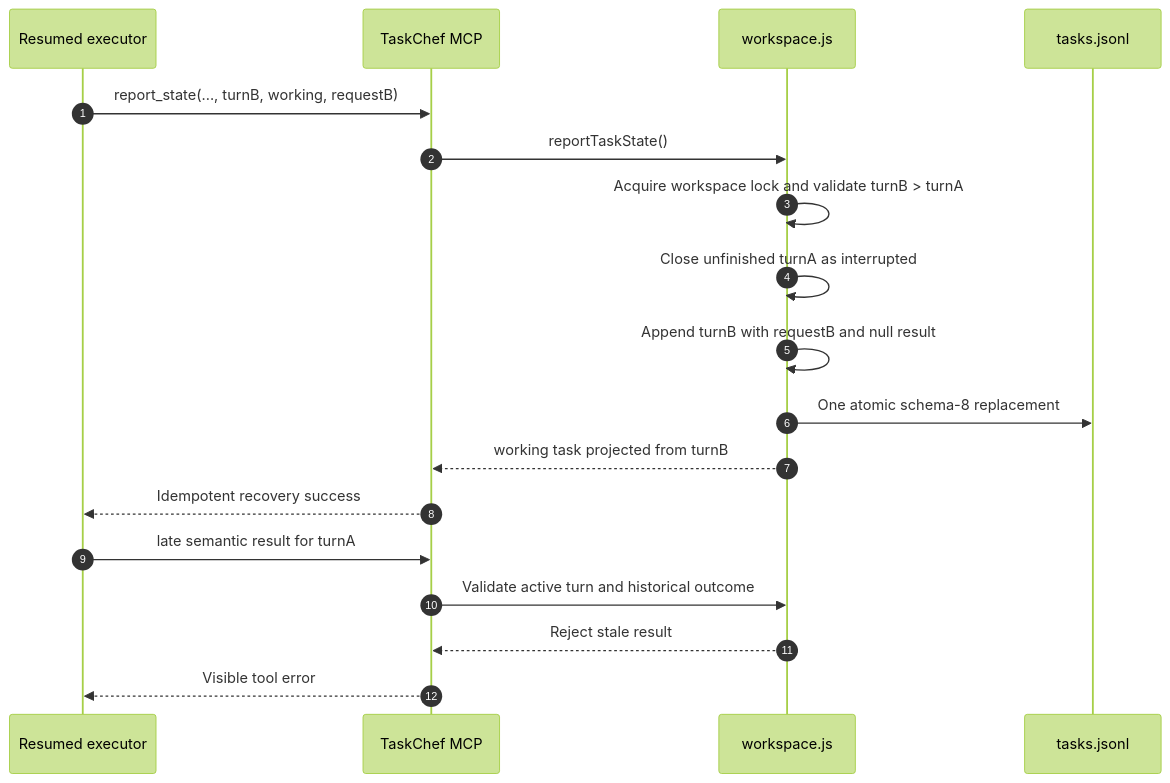
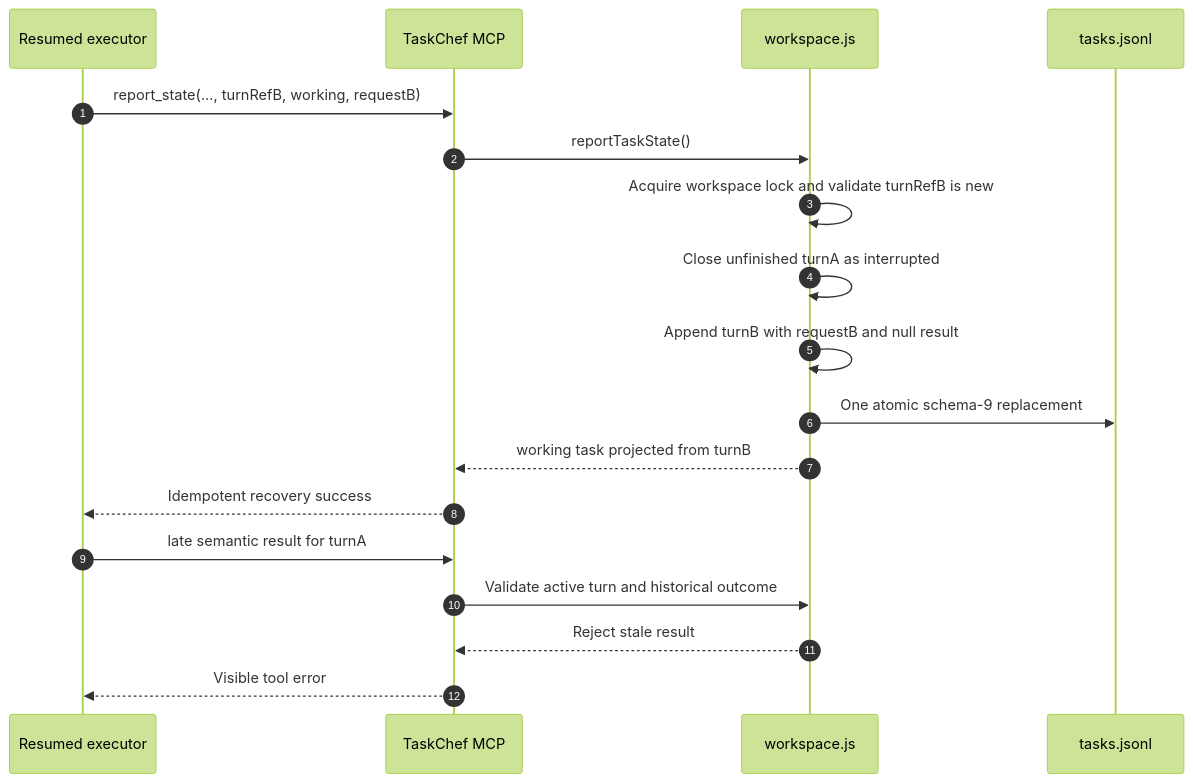
One commit to favoyang/taskchef changed the fifth of 8 diagrams in docs/workflows.md. Above: the diagram before and after it, drawn with Mermaid (forest theme). The commit also changed other lines of this file and 14 other files, not shown here.

Commit message:
feat: add turnRef lifecycle identity

````diff
--- a/docs/workflows.md
+++ b/docs/workflows.md
@@ -207,20 +214,20 @@
 ```mermaid
 sequenceDiagram
   autonumber
   participant E as Resumed executor
   participant M as TaskChef MCP
   participant W as workspace.js
   participant F as tasks.jsonl
-  E->>M: report_state(..., turnB, working, requestB)
+  E->>M: report_state(..., turnRefB, working, requestB)
   M->>W: reportTaskState()
-  W->>W: Acquire workspace lock and validate turnB > turnA
+  W->>W: Acquire workspace lock and validate turnRefB is new
   W->>W: Close unfinished turnA as interrupted
   W->>W: Append turnB with requestB and null result
-  W->>F: One atomic schema-8 replacement
+  W->>F: One atomic schema-9 replacement
   W-->>M: working task projected from turnB
   M-->>E: Idempotent recovery success
   E->>M: late semantic result for turnA
   M->>W: Validate active turn and historical outcome
   W-->>M: Reject stale result
   M-->>E: Visible tool error
 ```
````
